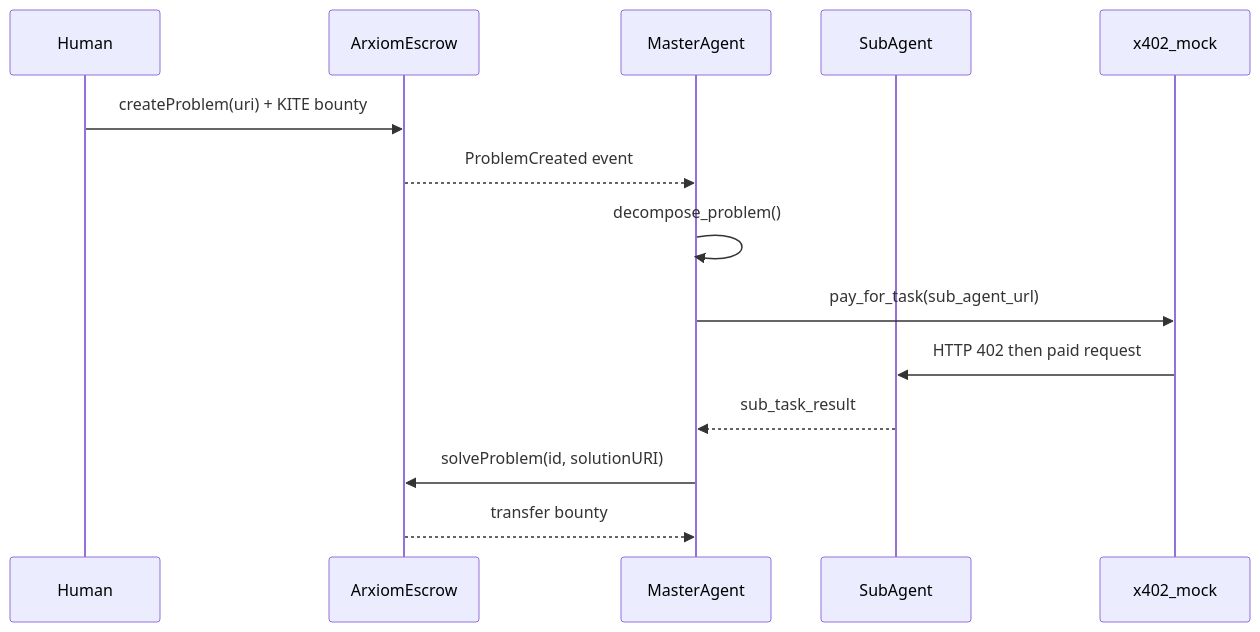
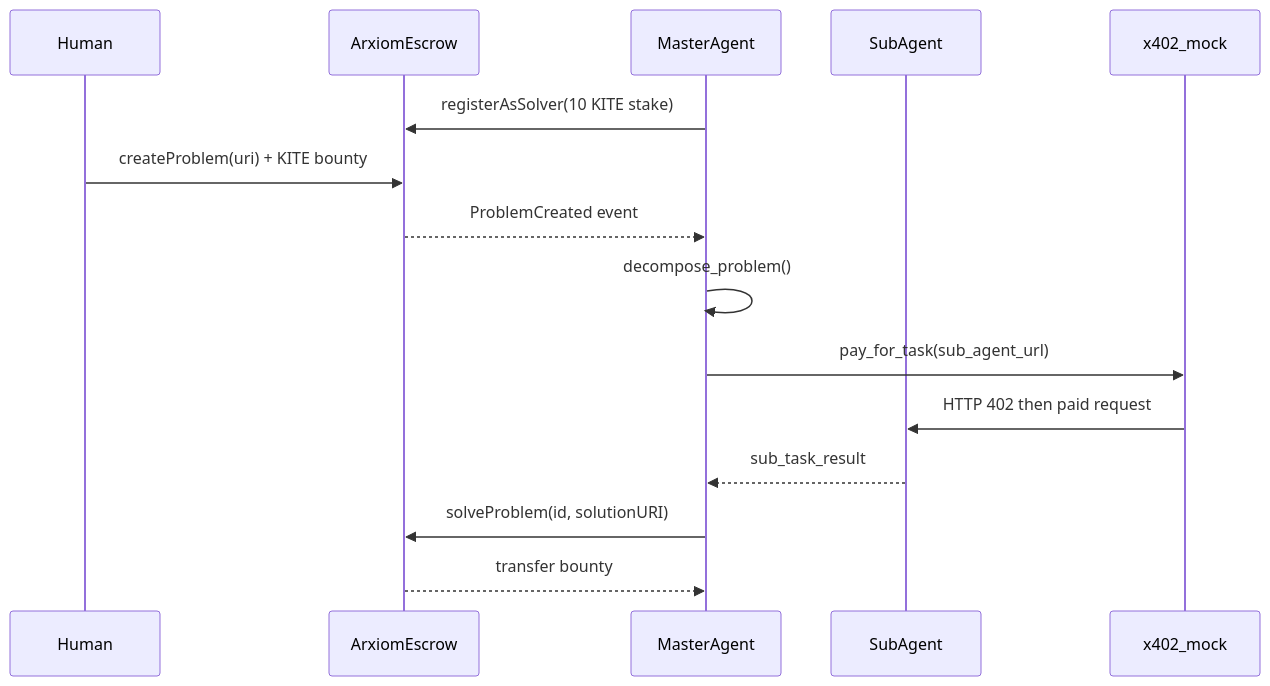
One commit to dorakingx/arxiom changed the diagram in README.md. Above: the diagram before and after it, drawn with Mermaid. The commit also changed other lines of this file and 4 other files, not shown here.

````diff
--- a/README.md
+++ b/README.md
@@ -7,17 +7,18 @@
 ```mermaid
 sequenceDiagram
     participant Human
     participant Escrow as ArxiomEscrow
     participant Master as MasterAgent
     participant Sub as SubAgent
     participant X402 as x402_mock
 
+    Master->>Escrow: registerAsSolver(10 KITE stake)
     Human->>Escrow: createProblem(uri) + KITE bounty
     Escrow-->>Master: ProblemCreated event
     Master->>Master: decompose_problem()
     Master->>X402: pay_for_task(sub_agent_url)
     X402->>Sub: HTTP 402 then paid request
     Sub-->>Master: sub_task_result
     Master->>Escrow: solveProblem(id, solutionURI)
     Escrow-->>Master: transfer bounty
 ```
````
